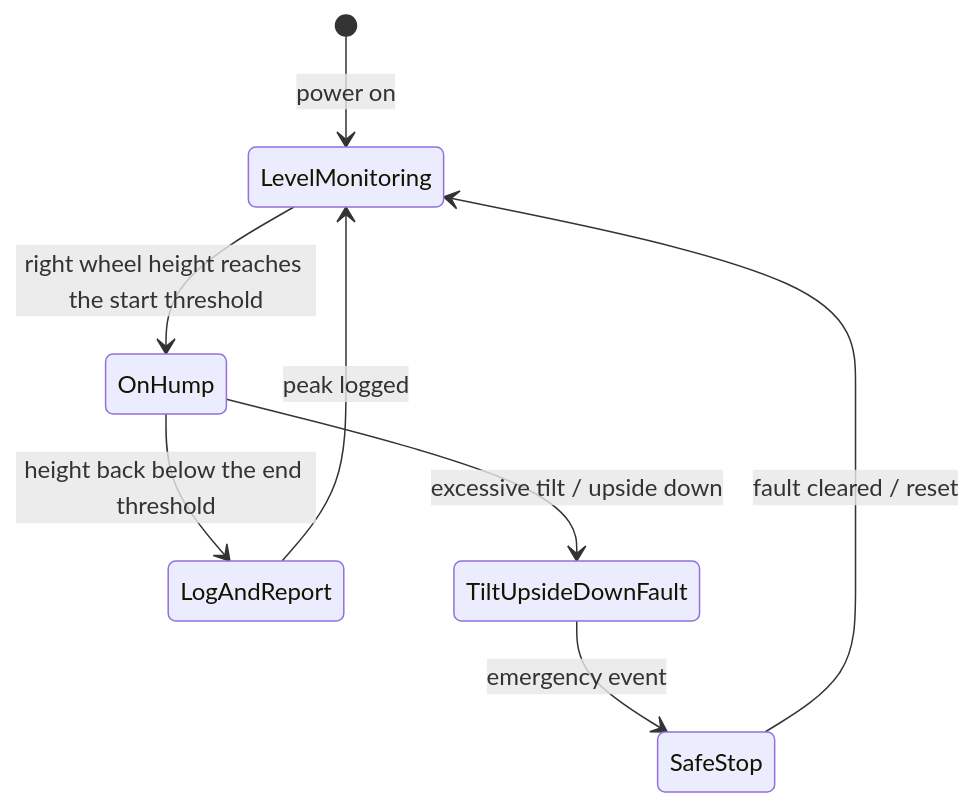
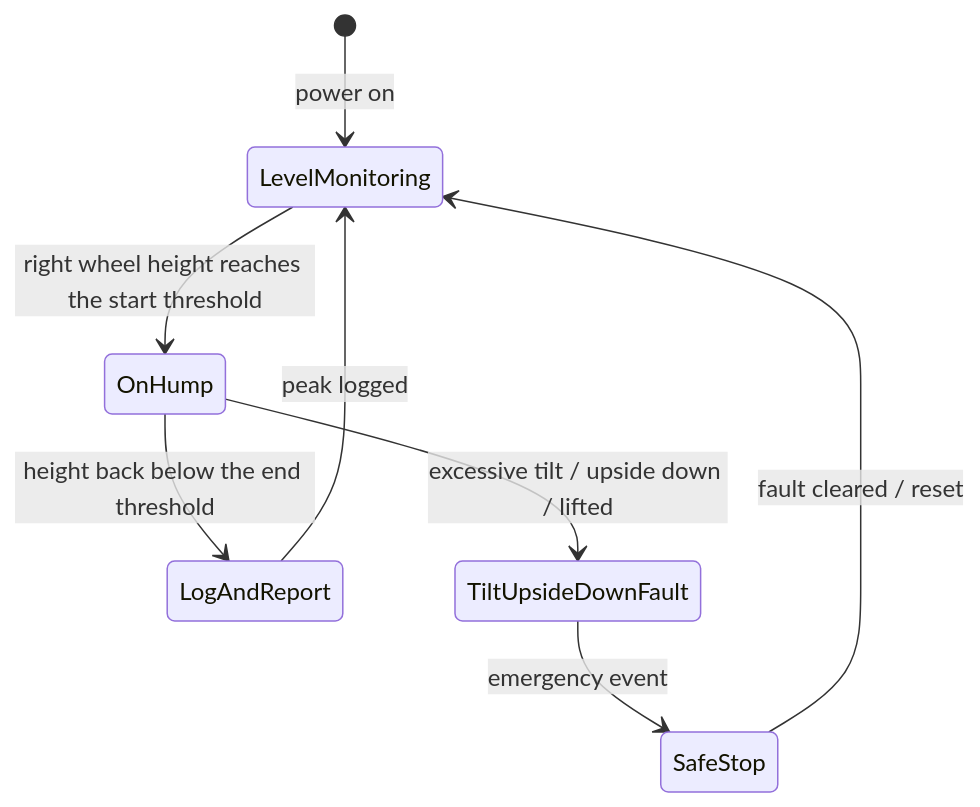
Before and after one commit to 10x-Slackers/INF2004: the fifth of 5 diagrams in docs/ARCHITECTURE.md, drawn with Mermaid. The commit also changed other lines of this file and 11 other files, not shown here.

````diff
--- a/docs/ARCHITECTURE.md
+++ b/docs/ARCHITECTURE.md
@@ -239,10 +239,10 @@
 ```mermaid
 stateDiagram-v2
     [*] --> LevelMonitoring: power on
     LevelMonitoring --> OnHump: right wheel height reaches the start threshold
     OnHump --> LogAndReport: height back below the end threshold
     LogAndReport --> LevelMonitoring: peak logged
-    OnHump --> TiltUpsideDownFault: excessive tilt / upside down
+    OnHump --> TiltUpsideDownFault: excessive tilt / upside down / lifted
     TiltUpsideDownFault --> SafeStop: emergency event
     SafeStop --> LevelMonitoring: fault cleared / reset
 ```
````
